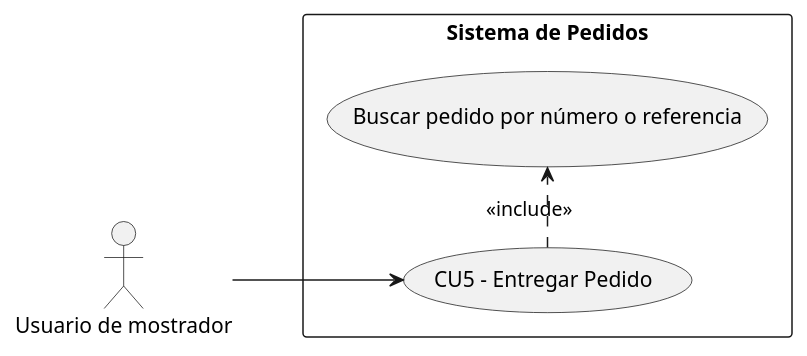
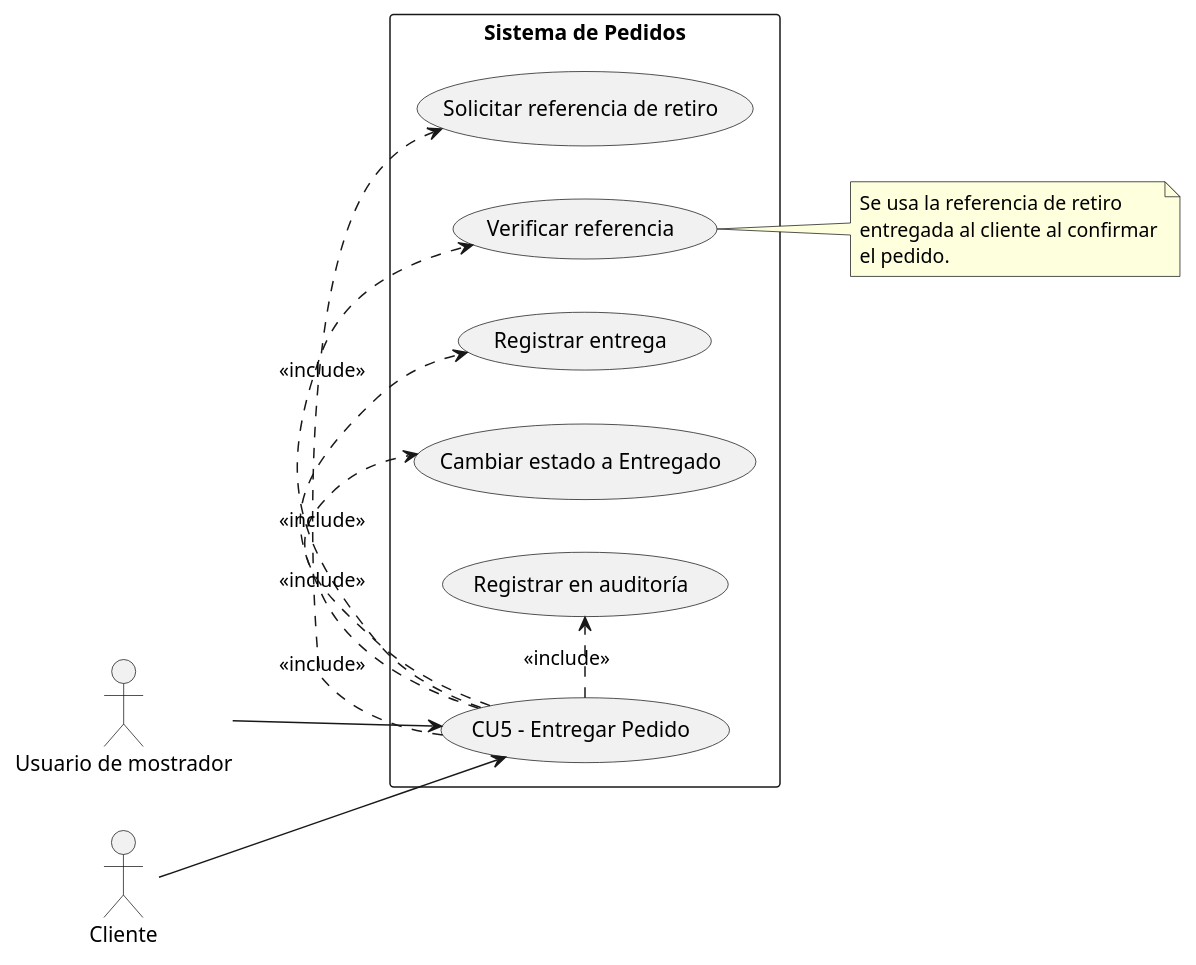
The diagram in diagramas/02-casos-de-uso/02-caso-uso-entregar-pedido-05.puml (santimarM/SistemaPedidos), drawn with PlantUML before and after one commit. The commit also changed 9 other files, not shown here.

Commit message:
fix: resuelve RC2 (UTF-8 en PNG) y RC3 (diagramas de casos de uso mejorados)

```diff
--- a/diagramas/02-casos-de-uso/02-caso-uso-entregar-pedido-05.puml
+++ b/diagramas/02-casos-de-uso/02-caso-uso-entregar-pedido-05.puml
@@ -1,14 +1,30 @@
 @startuml
 left to right direction
 skinparam packageStyle rectangle
 
 actor "Usuario de mostrador" as Usuario
+actor "Cliente" as Cliente
 
 rectangle "Sistema de Pedidos" {
   usecase "CU5 - Entregar Pedido" as UC5
-  usecase "Buscar pedido por número o referencia" as UC5a
+  usecase "Solicitar referencia de retiro" as UC5a
+  usecase "Verificar referencia" as UC5b
+  usecase "Registrar entrega" as UC5c
+  usecase "Cambiar estado a Entregado" as UC5d
+  usecase "Registrar en auditoría" as UC5e
 }
 
 Usuario --> UC5
+Cliente --> UC5
 UC5 .> UC5a : <<include>>
+UC5 .> UC5b : <<include>>
+UC5 .> UC5c : <<include>>
+UC5 .> UC5d : <<include>>
+UC5 .> UC5e : <<include>>
+
+note right of UC5b
+  Se usa la referencia de retiro
+  entregada al cliente al confirmar
+  el pedido.
+end note
 @enduml
```
